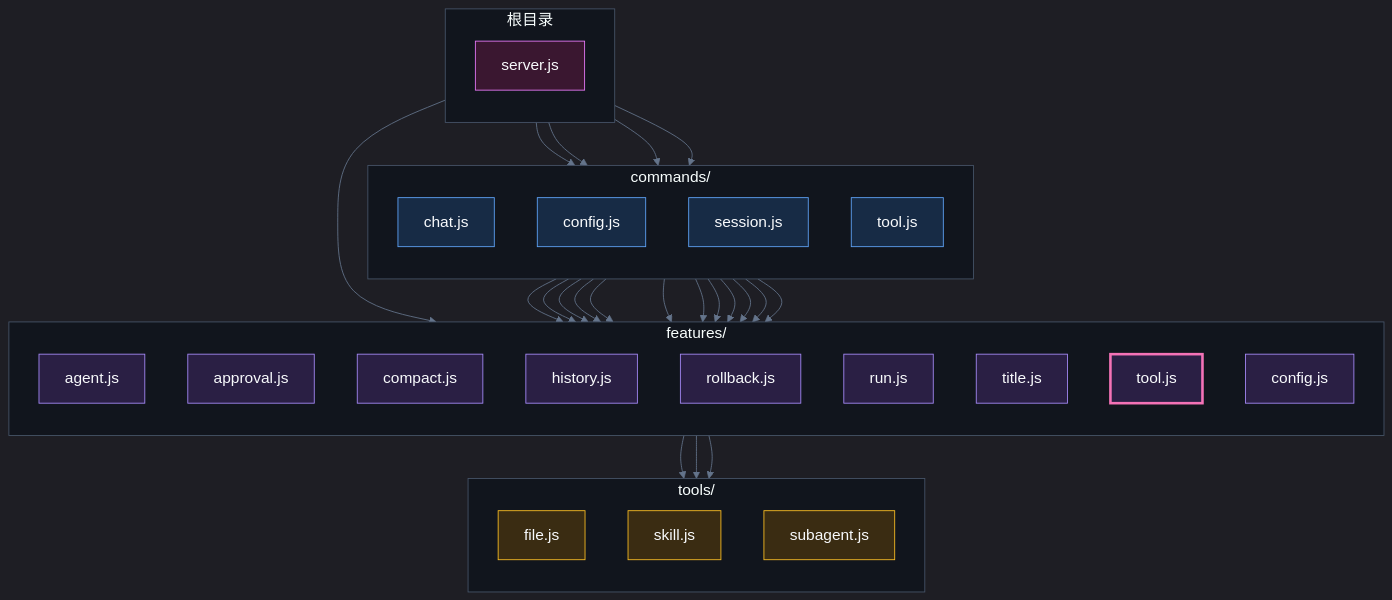
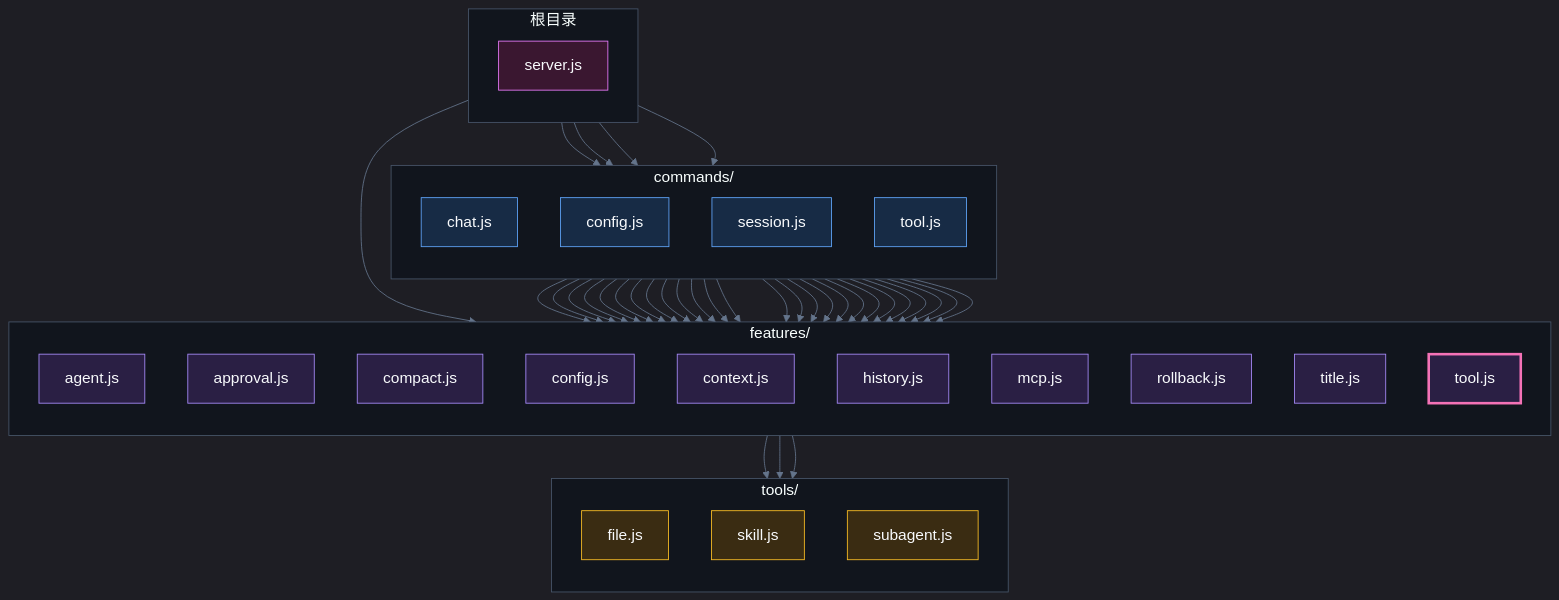
One commit to kernel4632/agent changed the diagram in docs/server-target-cross.mmd. Above: the diagram before and after it, drawn with Mermaid. The commit also changed 8 other files, not shown here.

Commit message:
docs: 更新独立模块后的依赖图和体量图

```diff
--- a/docs/server-target-cross.mmd
+++ b/docs/server-target-cross.mmd
@@ -1,60 +1,75 @@
 %%{init: {'theme':'dark','themeVariables':{'fontFamily':'ui-monospace, monospace','fontSize':'18px','primaryColor':'#18202b','primaryTextColor':'#f8fafc','lineColor':'#64748b','clusterBkg':'#11151d','clusterBorder':'#475569'}}}%%
 flowchart TB
   subgraph commands["commands/"]
     direction TB
     commands_chat_js["chat.js"]
     commands_config_js["config.js"]
     commands_session_js["session.js"]
     commands_tool_js["tool.js"]
   end
   subgraph features["features/"]
     direction TB
     features_agent_js["agent.js"]
     features_approval_js["approval.js"]
     features_compact_js["compact.js"]
+    features_config_js["config.js"]
+    features_context_js["context.js"]
     features_history_js["history.js"]
+    features_mcp_js["mcp.js"]
     features_rollback_js["rollback.js"]
-    features_run_js["run.js"]
     features_title_js["title.js"]
     features_tool_js["tool.js"]
-    features_config_js["config.js"]
   end
   subgraph tools["tools/"]
     direction TB
     tools_file_js["file.js"]
     tools_skill_js["skill.js"]
     tools_subagent_js["subagent.js"]
   end
   subgraph _root_["根目录"]
     direction TB
     server_js["server.js"]
   end
+  commands_chat_js --> features_agent_js
   commands_chat_js --> features_approval_js
-  commands_chat_js --> features_run_js
+  commands_chat_js --> features_config_js
+  commands_chat_js --> features_context_js
+  commands_chat_js --> features_history_js
+  commands_chat_js --> features_mcp_js
+  commands_chat_js --> features_title_js
+  commands_chat_js --> features_tool_js
   commands_config_js --> features_agent_js
+  commands_config_js --> features_approval_js
   commands_config_js --> features_config_js
+  commands_config_js --> features_context_js
+  commands_config_js --> features_history_js
+  commands_config_js --> features_mcp_js
+  commands_config_js --> features_tool_js
   commands_session_js --> features_agent_js
   commands_session_js --> features_approval_js
   commands_session_js --> features_compact_js
+  commands_session_js --> features_config_js
+  commands_session_js --> features_context_js
   commands_session_js --> features_history_js
+  commands_session_js --> features_mcp_js
   commands_session_js --> features_rollback_js
   commands_session_js --> features_title_js
   commands_session_js --> features_tool_js
   commands_tool_js --> features_tool_js
   features_tool_js --> tools_file_js
   features_tool_js --> tools_skill_js
   features_tool_js --> tools_subagent_js
   server_js --> commands_chat_js
   server_js --> commands_config_js
   server_js --> commands_session_js
   server_js --> commands_tool_js
   server_js --> features_history_js
   classDef dir_commands fill:#172b45,stroke:#60a5fa,color:#f8fafc
   class commands_chat_js,commands_config_js,commands_session_js,commands_tool_js dir_commands
   classDef dir_features fill:#2a1f44,stroke:#a78bfa,color:#f8fafc
-  class features_agent_js,features_approval_js,features_compact_js,features_history_js,features_rollback_js,features_run_js,features_title_js,features_tool_js,features_config_js dir_features
+  class features_agent_js,features_approval_js,features_compact_js,features_config_js,features_context_js,features_history_js,features_mcp_js,features_rollback_js,features_title_js,features_tool_js dir_features
   classDef dir_tools fill:#3a2c12,stroke:#fbbf24,color:#f8fafc
   class tools_file_js,tools_skill_js,tools_subagent_js dir_tools
   classDef dir__root_ fill:#3a1730,stroke:#e879f9,color:#f8fafc
   class server_js dir__root_
   style features_tool_js stroke:#f472b6,stroke-width:3px
```
